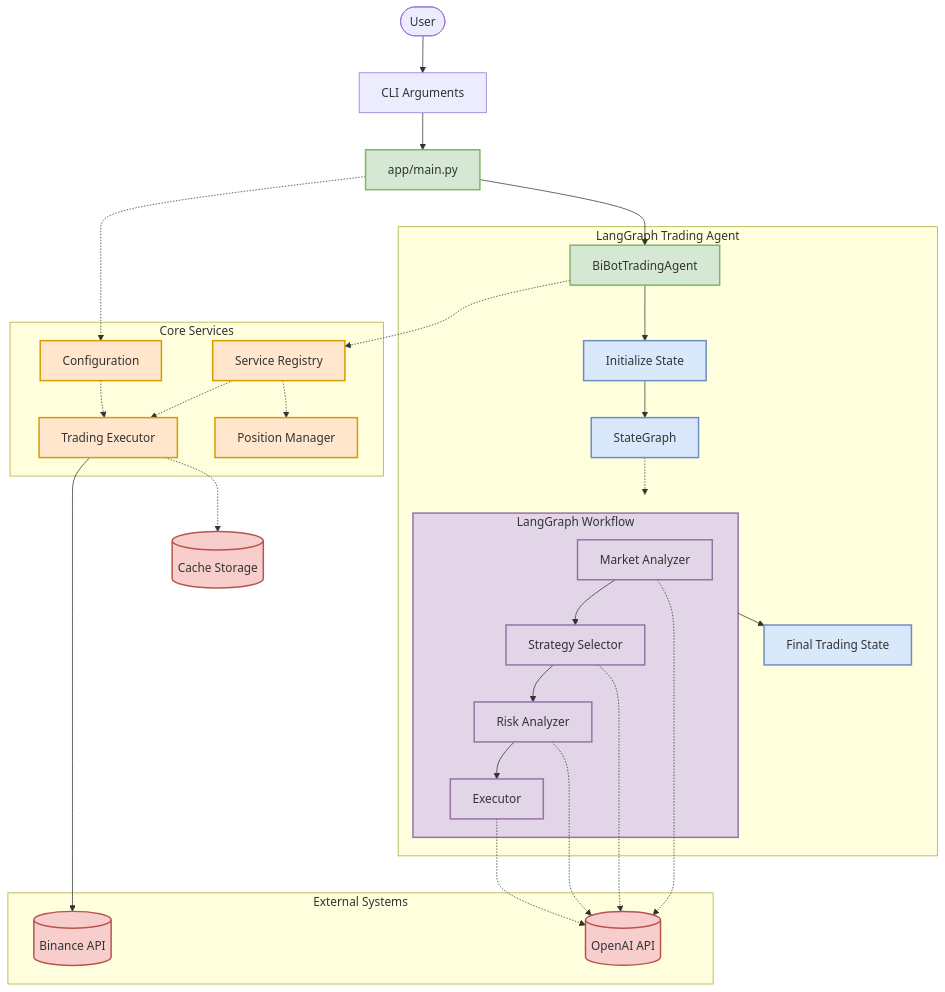
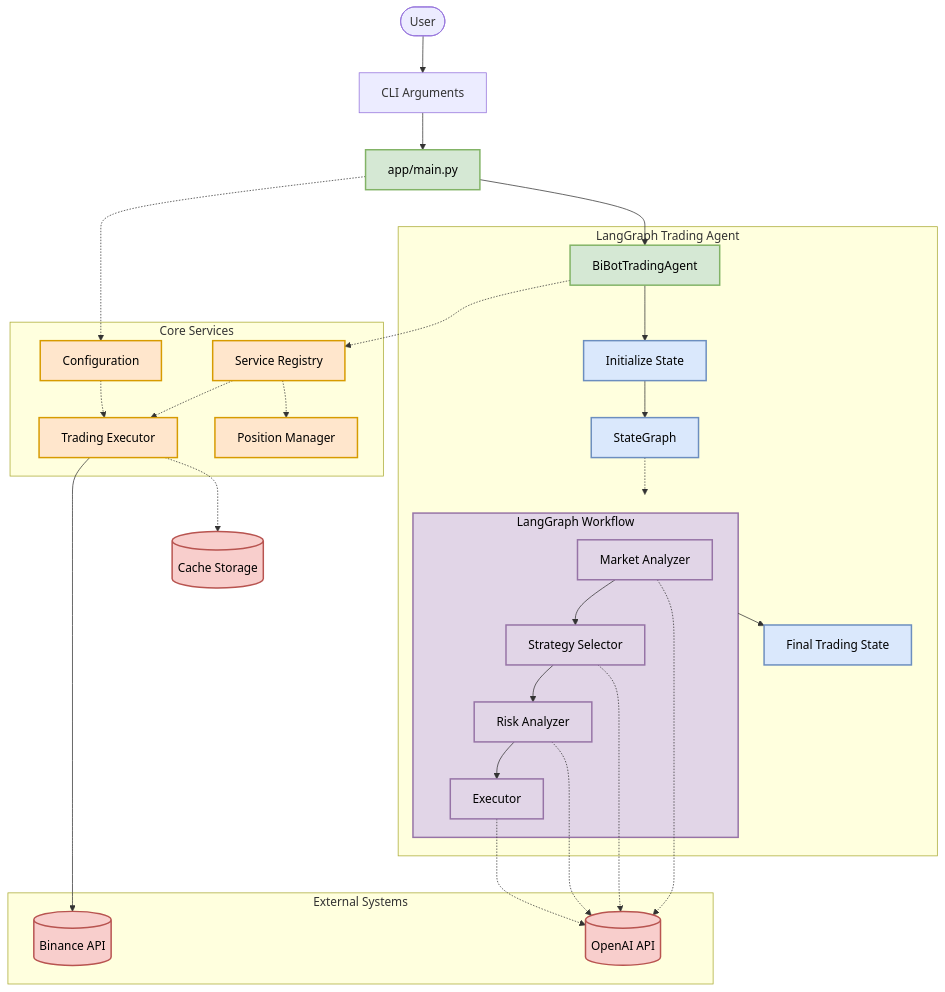
The diagram in docs/technical_architecture.md (ezalabs/bibot-ai), drawn with Mermaid before and after one commit. The commit also changed 2 other files, not shown here.

Commit message:
fixed graph diagrams text color

````diff
--- a/docs/technical_architecture.md
+++ b/docs/technical_architecture.md
@@ -7,61 +7,61 @@
 ```mermaid
 graph TB
     %% Main Components
     User([User]) --> CLI[CLI Arguments]
     CLI --> MainPy[app/main.py]
     MainPy --> TradingAgent[BiBotTradingAgent]
     MainPy -.-> Config
     
     %% Agent Components
     subgraph LangGraphAgent[LangGraph Trading Agent]
         TradingAgent --> InitState[Initialize State]
         InitState --> LangGraph[StateGraph]
         
         subgraph Workflow[LangGraph Workflow]
             Node1[Market Analyzer] --> Node2
             Node2[Strategy Selector] --> Node3
             Node3[Risk Analyzer] --> Node4
             Node4[Executor]
         end
         
         LangGraph -.-> Workflow
         Workflow --> FinalState[Final Trading State]
     end
     
     %% Dependencies and Services
     subgraph CoreServices[Core Services]
         Config[Configuration]
         TradingExecutor[Trading Executor]
         PositionManager[Position Manager]
         ServiceRegistry[Service Registry]
     end
     
     subgraph ExternalSystems[External Systems]
         Binance[(Binance API)]
         LLMProvider[(OpenAI API)]
     end
     
     %% Connections
     TradingAgent -.-> ServiceRegistry
     ServiceRegistry -.-> TradingExecutor
     ServiceRegistry -.-> PositionManager
     TradingExecutor --> Binance
     Node1 & Node2 & Node3 & Node4 -.-> LLMProvider
     Config -.-> TradingExecutor
     
     %% Data Storage
     TradingExecutor -.-> Cache[(Cache Storage)]
     
     %% Styling
-    classDef mainComponents fill:#d5e8d4,stroke:#82b366,stroke-width:2px;
-    classDef langGraph fill:#dae8fc,stroke:#6c8ebf,stroke-width:2px;
-    classDef services fill:#ffe6cc,stroke:#d79b00,stroke-width:2px;
-    classDef external fill:#f8cecc,stroke:#b85450,stroke-width:2px;
-    classDef workflow fill:#e1d5e7,stroke:#9673a6,stroke-width:2px;
+    classDef mainComponents fill:#d5e8d4,stroke:#82b366,stroke-width:2px,color:black;
+    classDef langGraph fill:#dae8fc,stroke:#6c8ebf,stroke-width:2px,color:black;
+    classDef services fill:#ffe6cc,stroke:#d79b00,stroke-width:2px,color:black;
+    classDef external fill:#f8cecc,stroke:#b85450,stroke-width:2px,color:black;
+    classDef workflow fill:#e1d5e7,stroke:#9673a6,stroke-width:2px,color:black;
     
     class MainPy,TradingAgent mainComponents;
     class LangGraph,InitState,FinalState langGraph;
     class Config,TradingExecutor,PositionManager,ServiceRegistry services;
     class Binance,LLMProvider,Cache external;
     class Node1,Node2,Node3,Node4,Workflow workflow;
 ```
````
